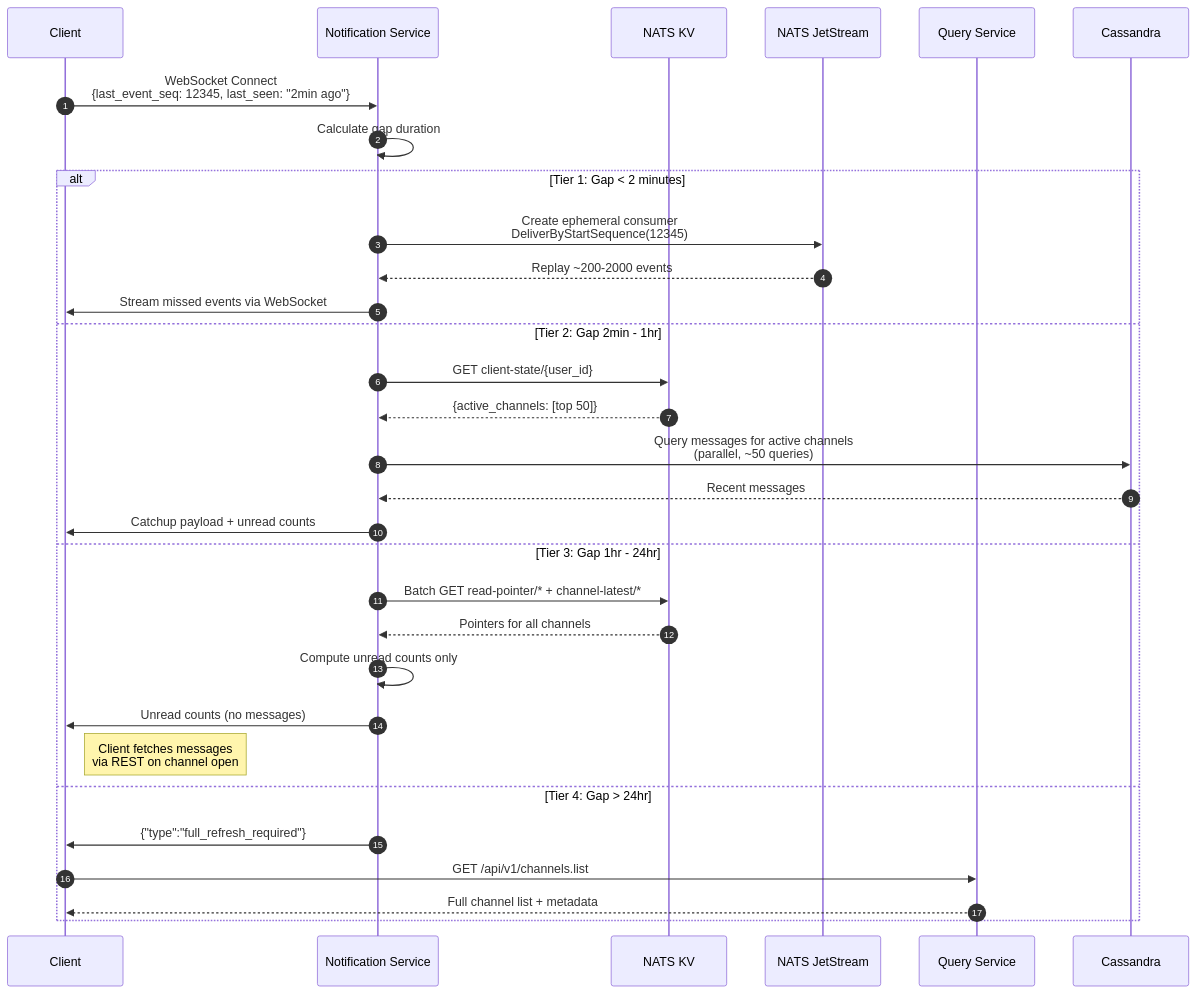
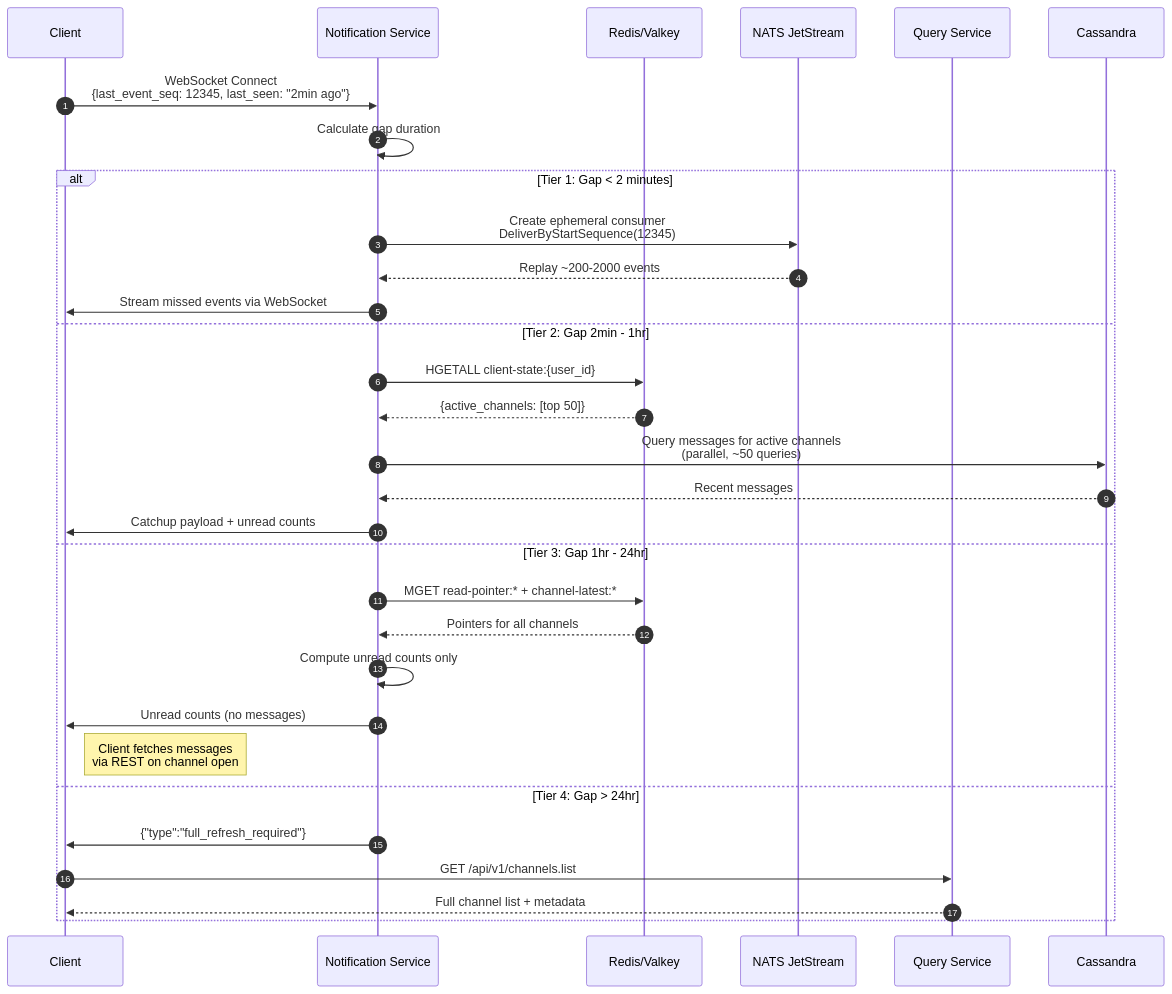
One commit to julianshen/chatconcept changed the fifth of 10 diagrams in docs/diagrams/sequence-diagrams.md. Above: the diagram before and after it, drawn with Mermaid. The commit also changed other lines of this file and 14 other files, not shown here.

First line of the commit message:
docs: replace NATS KV with Redis/Valkey for ephemeral state

````diff
--- a/docs/diagrams/sequence-diagrams.md
+++ b/docs/diagrams/sequence-diagrams.md
@@ -203,35 +206,35 @@
 ```mermaid
 sequenceDiagram
     autonumber
     participant Client
     participant NotifSvc as Notification Service
-    participant NATSKV as NATS KV
+    participant Redis as Redis/Valkey
     participant NATSJS as NATS JetStream
     participant QuerySvc as Query Service
     participant Cassandra as Cassandra
 
     Client->>NotifSvc: WebSocket Connect<br/>{last_event_seq: 12345, last_seen: "2min ago"}
     NotifSvc->>NotifSvc: Calculate gap duration
 
     alt Tier 1: Gap < 2 minutes
         NotifSvc->>NATSJS: Create ephemeral consumer<br/>DeliverByStartSequence(12345)
         NATSJS-->>NotifSvc: Replay ~200-2000 events
         NotifSvc->>Client: Stream missed events via WebSocket
     else Tier 2: Gap 2min - 1hr
-        NotifSvc->>NATSKV: GET client-state/{user_id}
-        NATSKV-->>NotifSvc: {active_channels: [top 50]}
+        NotifSvc->>Redis: HGETALL client-state:{user_id}
+        Redis-->>NotifSvc: {active_channels: [top 50]}
         NotifSvc->>Cassandra: Query messages for active channels<br/>(parallel, ~50 queries)
         Cassandra-->>NotifSvc: Recent messages
         NotifSvc->>Client: Catchup payload + unread counts
     else Tier 3: Gap 1hr - 24hr
-        NotifSvc->>NATSKV: Batch GET read-pointer/* + channel-latest/*
-        NATSKV-->>NotifSvc: Pointers for all channels
+        NotifSvc->>Redis: MGET read-pointer:* + channel-latest:*
+        Redis-->>NotifSvc: Pointers for all channels
         NotifSvc->>NotifSvc: Compute unread counts only
         NotifSvc->>Client: Unread counts (no messages)
         Note right of Client: Client fetches messages<br/>via REST on channel open
     else Tier 4: Gap > 24hr
         NotifSvc->>Client: {"type":"full_refresh_required"}
         Client->>QuerySvc: GET /api/v1/channels.list
         QuerySvc-->>Client: Full channel list + metadata
     end
 ```
````
